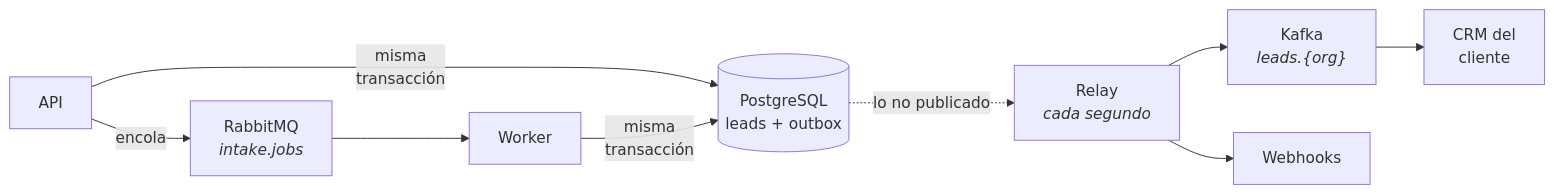
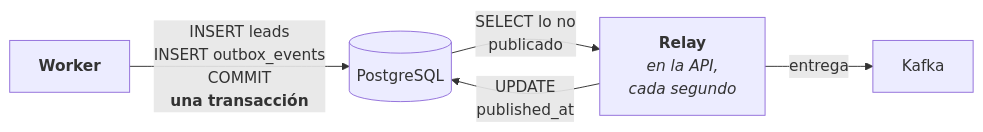
The sixth of 11 diagrams in .slides-events/slides.md (MDCIrony/leads-hexa), drawn with Mermaid before and after one commit. The commit also changed other lines of this file, not shown here.

First line of the commit message:
docs(slides): rewrite the events deck for an audience that did not build it

````diff
--- a/.slides-events/slides.md
+++ b/.slides-events/slides.md
@@ -407,10 +298,7 @@
-```mermaid {scale: 0.9}
+```mermaid {scale: 0.72}
 flowchart LR
-    API["API"] -->|"misma<br/>transacción"| DB[("PostgreSQL<br/>leads + outbox")]
-    API -->|"encola"| RMQ["RabbitMQ<br/><i>intake.jobs</i>"]
-    RMQ --> W["Worker"]
-    W -->|"misma<br/>transacción"| DB
-    DB -.->|"lo no publicado"| Relay["Relay<br/><i>cada segundo</i>"]
-    Relay --> K["Kafka<br/><i>leads.{org}</i>"] --> CRM["CRM del<br/>cliente"]
-    Relay --> WH["Webhooks"]
+    W["<b>Worker</b>"] -->|"INSERT leads<br/>INSERT outbox_events<br/>COMMIT<br/><b>una transacción</b>"| DB[("PostgreSQL")]
+    DB -->|"SELECT lo no<br/>publicado"| R["<b>Relay</b><br/><i>en la API,<br/>cada segundo</i>"]
+    R -->|"entrega"| K["Kafka"]
+    R -->|"UPDATE<br/>published_at"| DB
 ```
````
